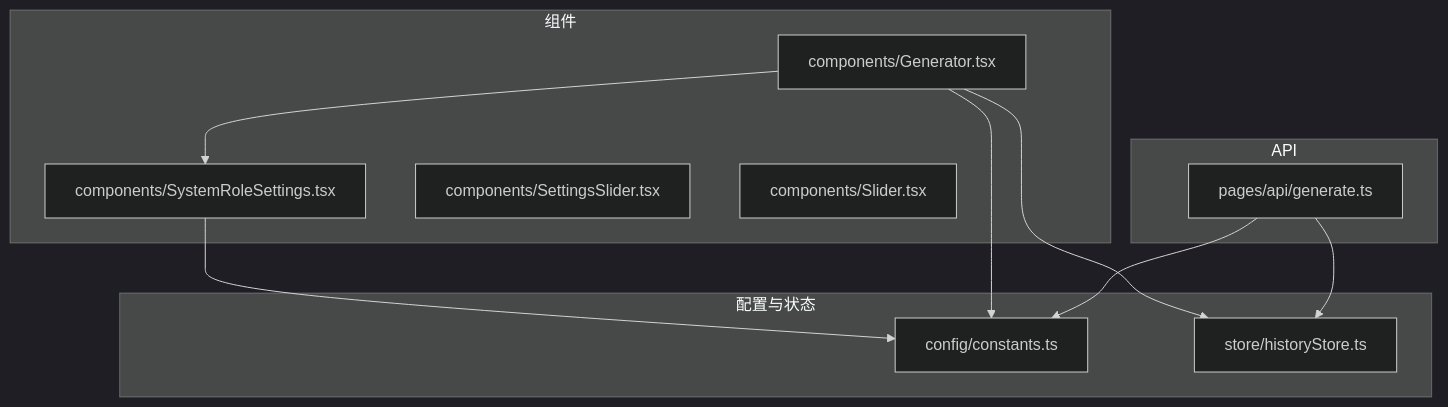
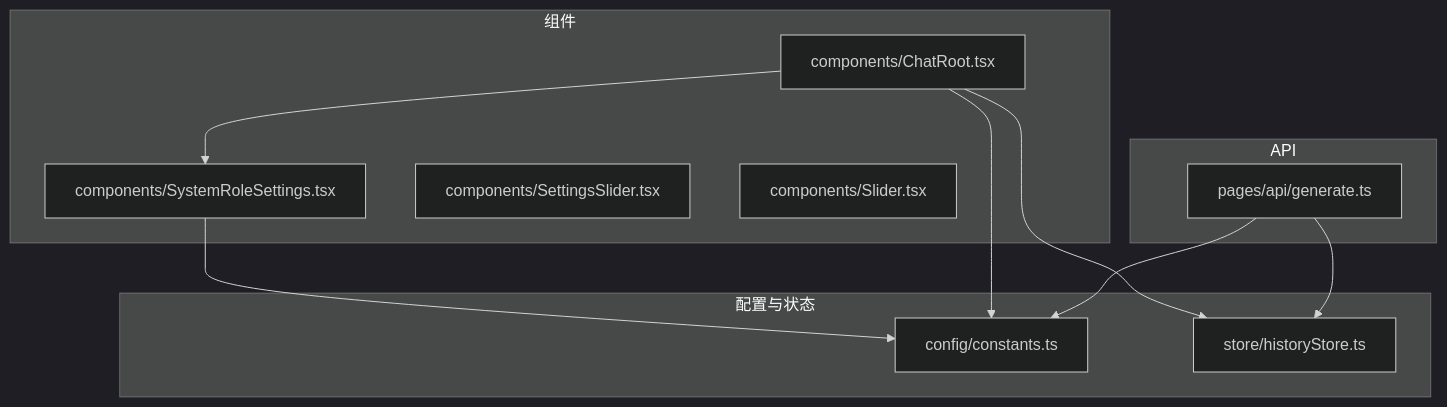
Before and after one commit to zfyime/chat-mini: the first of 4 diagrams in .qoder/repowiki/zh/content/组件架构/SystemRoleSettings组件.md, drawn with Mermaid (dark theme). The commit also changed other lines of this file and 52 other files, not shown here.

````diff
--- a/.qoder/repowiki/zh/content/组件架构/SystemRoleSettings组件.md
+++ b/.qoder/repowiki/zh/content/组件架构/SystemRoleSettings组件.md
@@ -31,22 +31,22 @@
 ```mermaid
 graph TB
 subgraph "组件"
 SystemRoleSettings[components/SystemRoleSettings.tsx]
-Generator[components/Generator.tsx]
+Generator[components/ChatRoot.tsx]
 SettingsSlider[components/SettingsSlider.tsx]
 Slider[components/Slider.tsx]
 end
 subgraph "配置与状态"
 Constants[config/constants.ts]
 HistoryStore[store/historyStore.ts]
 end
 subgraph "API"
 GenerateAPI[pages/api/generate.ts]
 end
 Generator --> SystemRoleSettings
 Generator --> HistoryStore
 SystemRoleSettings --> Constants
 Generator --> Constants
 GenerateAPI --> Constants
 GenerateAPI --> HistoryStore
 ```
````
